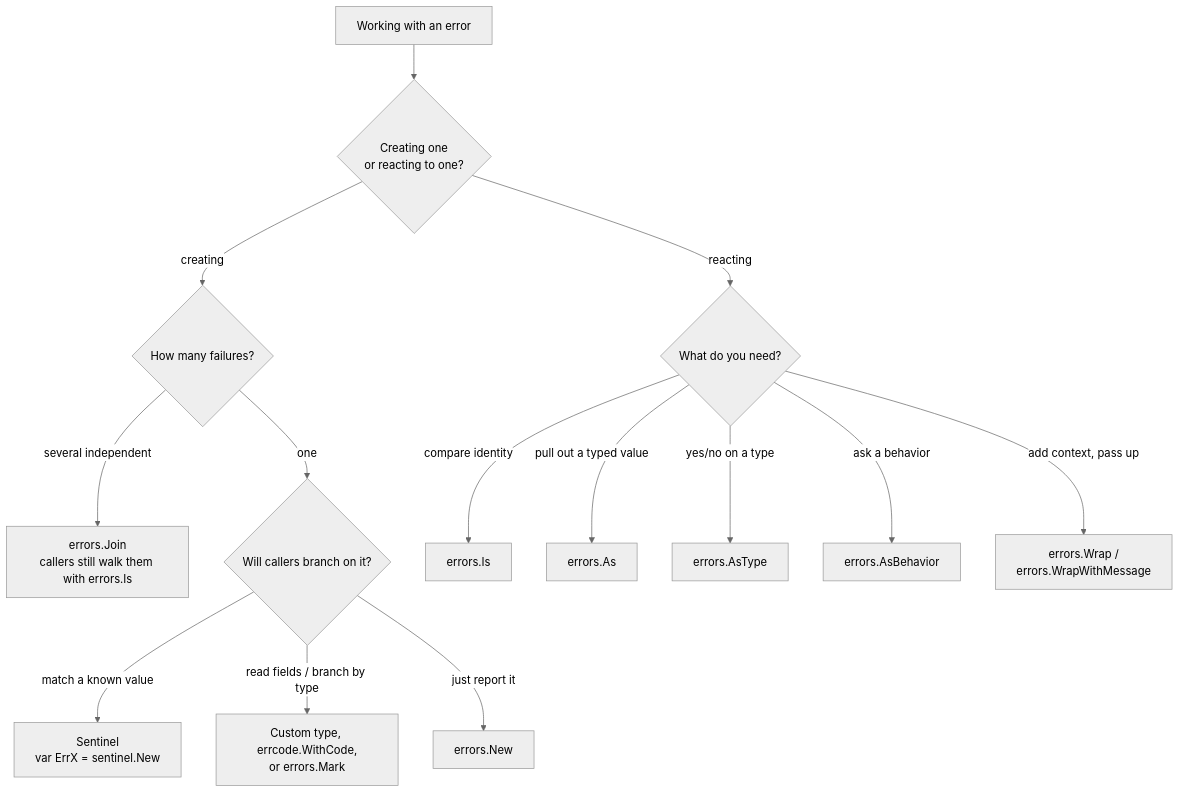
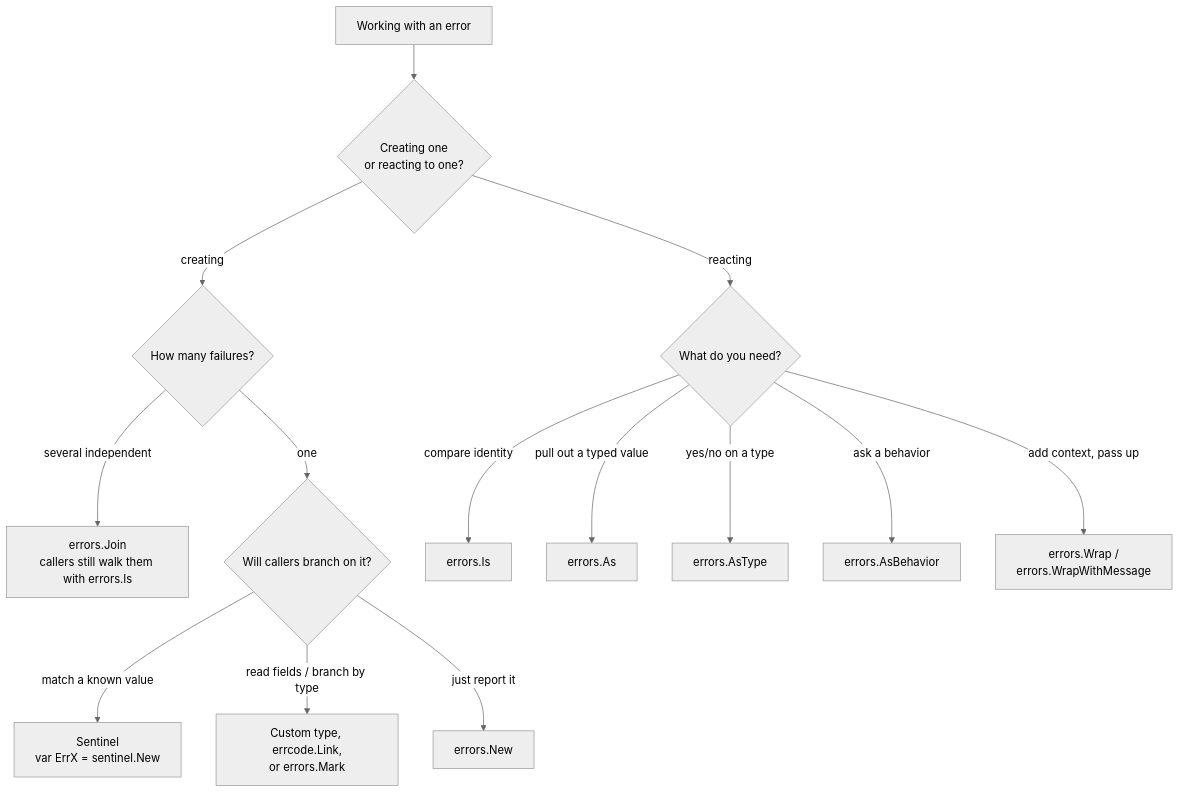
One commit to StevenACoffman/toerr changed the second of 2 diagrams in philosophy.md. Above: the diagram before and after it, drawn with Mermaid (neutral theme). The commit also changed other lines of this file and 1 other file, not shown here.

First line of the commit message:
philosophy: teach Seal and Link at the boundary

````diff
--- a/philosophy.md
+++ b/philosophy.md
@@ -547,16 +572,16 @@
 ```mermaid
 graph TD
     A[Working with an error] --> B{Creating one<br/>or reacting to one?}
     B -->|creating| C{How many failures?}
     C -->|several independent| D[errors.Join<br/>callers still walk them with errors.Is]
     C -->|one| E{Will callers branch on it?}
     E -->|match a known value| F[Sentinel<br/>var ErrX = sentinel.New]
-    E -->|read fields / branch by type| G[Custom type, errcode.WithCode,<br/>or errors.Mark]
+    E -->|read fields / branch by type| G[Custom type, errcode.Link,<br/>or errors.Mark]
     E -->|just report it| H[errors.New]
     B -->|reacting| I{What do you need?}
     I -->|compare identity| J[errors.Is]
     I -->|pull out a typed value| K[errors.As]
     I -->|yes/no on a type| L[errors.AsType]
     I -->|ask a behavior| N[errors.AsBehavior]
     I -->|add context, pass up| M[errors.Wrap /<br/>errors.WrapWithMessage]
 ```
````
